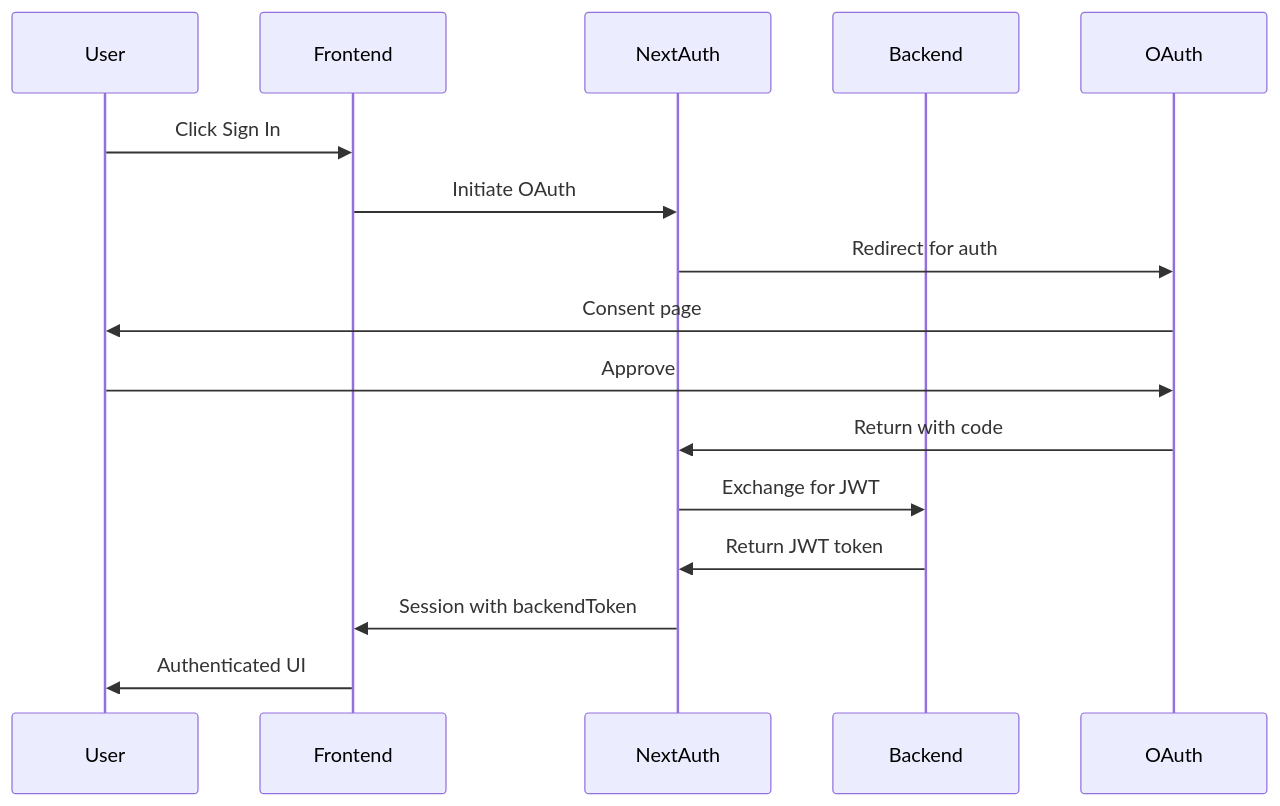
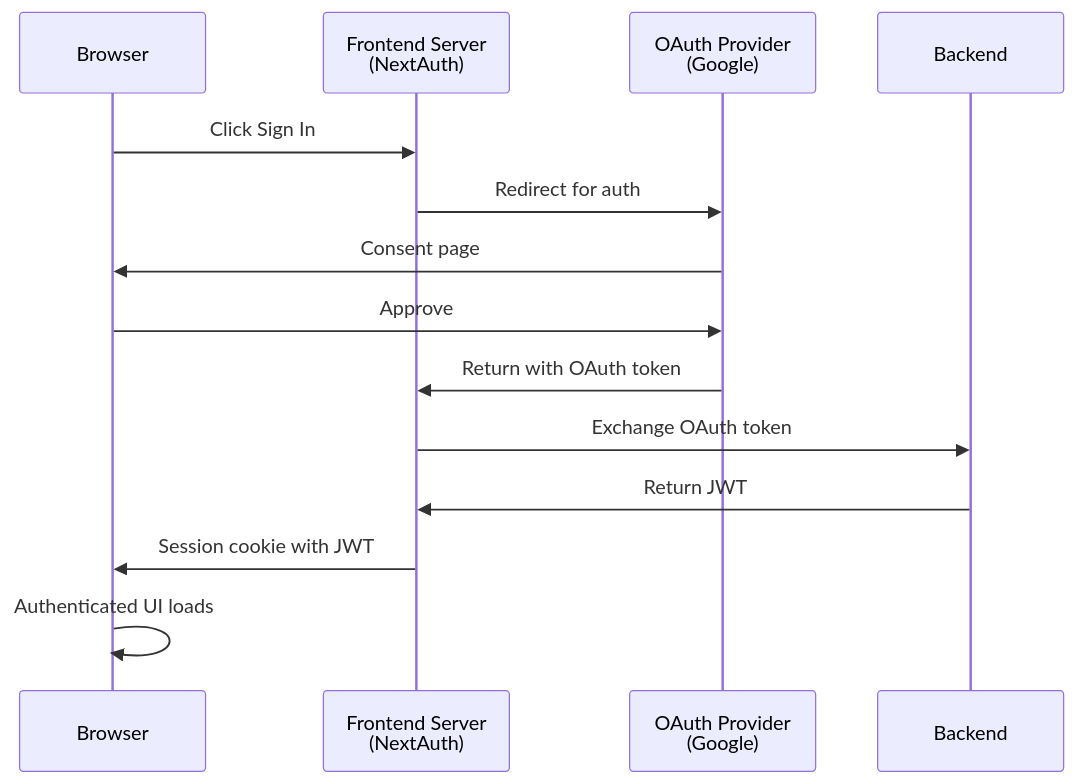
Before and after one commit to The-AI-Alliance/semiont: the first of 2 diagrams in apps/frontend/docs/AUTHENTICATION.md, drawn with Mermaid. The commit also changed other lines of this file and 7 other files, not shown here.

````diff
--- a/apps/frontend/docs/AUTHENTICATION.md
+++ b/apps/frontend/docs/AUTHENTICATION.md
@@ -156,19 +156,17 @@
 ```mermaid
 sequenceDiagram
-    participant User
-    participant Frontend
-    participant NextAuth
+    participant Browser
+    participant FrontendServer as Frontend Server<br/>(NextAuth)
+    participant OAuth as OAuth Provider<br/>(Google)
     participant Backend
-    participant OAuth
 
-    User->>Frontend: Click Sign In
-    Frontend->>NextAuth: Initiate OAuth
-    NextAuth->>OAuth: Redirect for auth
-    OAuth->>User: Consent page
-    User->>OAuth: Approve
-    OAuth->>NextAuth: Return with code
-    NextAuth->>Backend: Exchange for JWT
-    Backend->>NextAuth: Return JWT token
-    NextAuth->>Frontend: Session with backendToken
-    Frontend->>User: Authenticated UI
+    Browser->>FrontendServer: Click Sign In
+    FrontendServer->>OAuth: Redirect for auth
+    OAuth->>Browser: Consent page
+    Browser->>OAuth: Approve
+    OAuth->>FrontendServer: Return with OAuth token
+    FrontendServer->>Backend: Exchange OAuth token
+    Backend->>FrontendServer: Return JWT
+    FrontendServer->>Browser: Session cookie with JWT
+    Browser->>Browser: Authenticated UI loads
 ```
````
